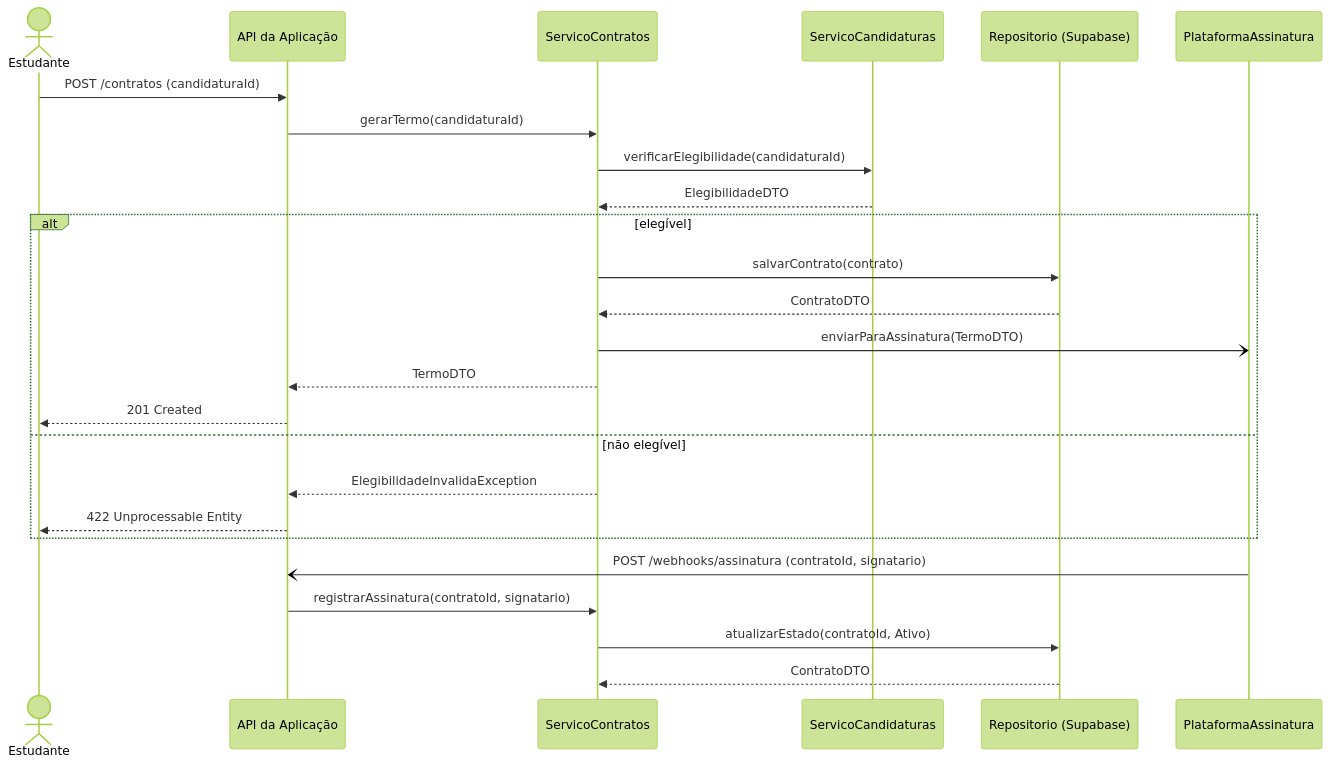
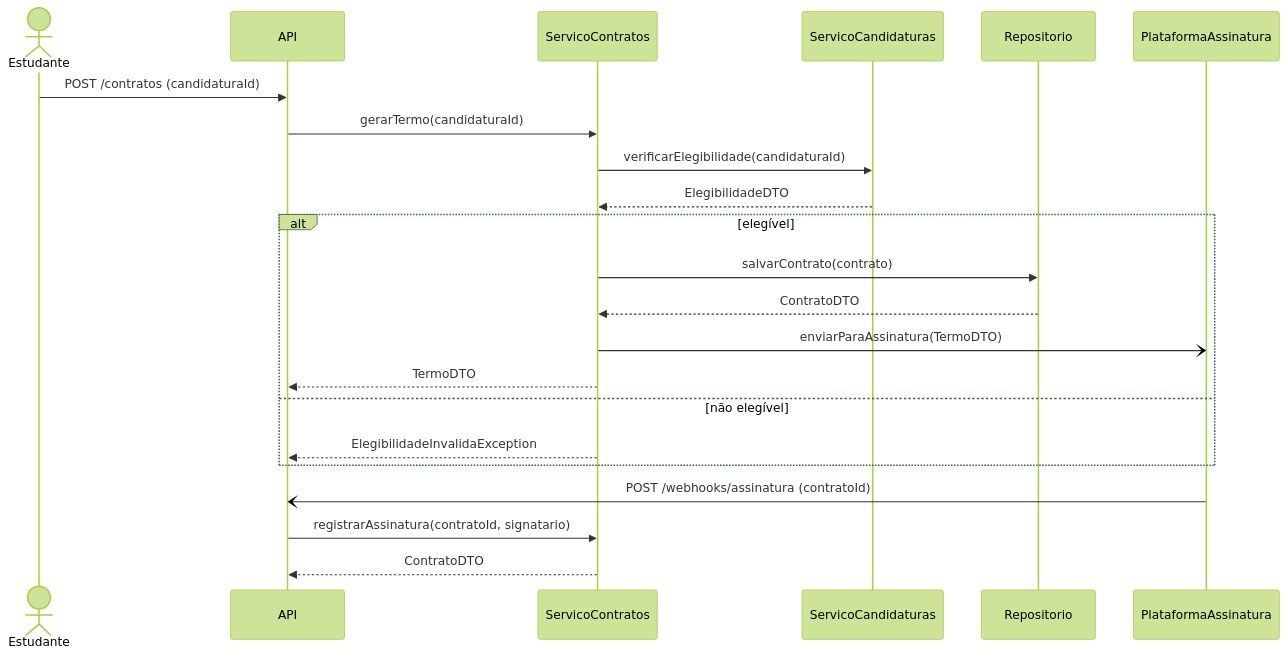
The first of 4 diagrams in README.md (joaopedrocostasilva2335-ai/aps3-modelagem), drawn with Mermaid (forest theme) before and after one commit. The commit also changed other lines of this file, not shown here.

````diff
--- a/README.md
+++ b/README.md
@@ -19,30 +17,27 @@
 ```mermaid
 sequenceDiagram
     actor Estudante
-    participant API as API da Aplicação
+    participant API
     participant SC as ServicoContratos
     participant SCand as ServicoCandidaturas
-    participant Repo as Repositorio (Supabase)
+    participant Repo as Repositorio
     participant Assin as PlataformaAssinatura
 
     Estudante->>API: POST /contratos (candidaturaId)
     API->>SC: gerarTermo(candidaturaId)
     SC->>SCand: verificarElegibilidade(candidaturaId)
     SCand-->>SC: ElegibilidadeDTO
 
     alt elegível
         SC->>Repo: salvarContrato(contrato)
         Repo-->>SC: ContratoDTO
         SC-)Assin: enviarParaAssinatura(TermoDTO)
         SC-->>API: TermoDTO
-        API-->>Estudante: 201 Created
     else não elegível
         SC-->>API: ElegibilidadeInvalidaException
-        API-->>Estudante: 422 Unprocessable Entity
     end
 
-    Assin-)API: POST /webhooks/assinatura (contratoId, signatario)
+    Assin-)API: POST /webhooks/assinatura (contratoId)
     API->>SC: registrarAssinatura(contratoId, signatario)
-    SC->>Repo: atualizarEstado(contratoId, Ativo)
-    Repo-->>SC: ContratoDTO
+    SC-->>API: ContratoDTO
 ```
````
